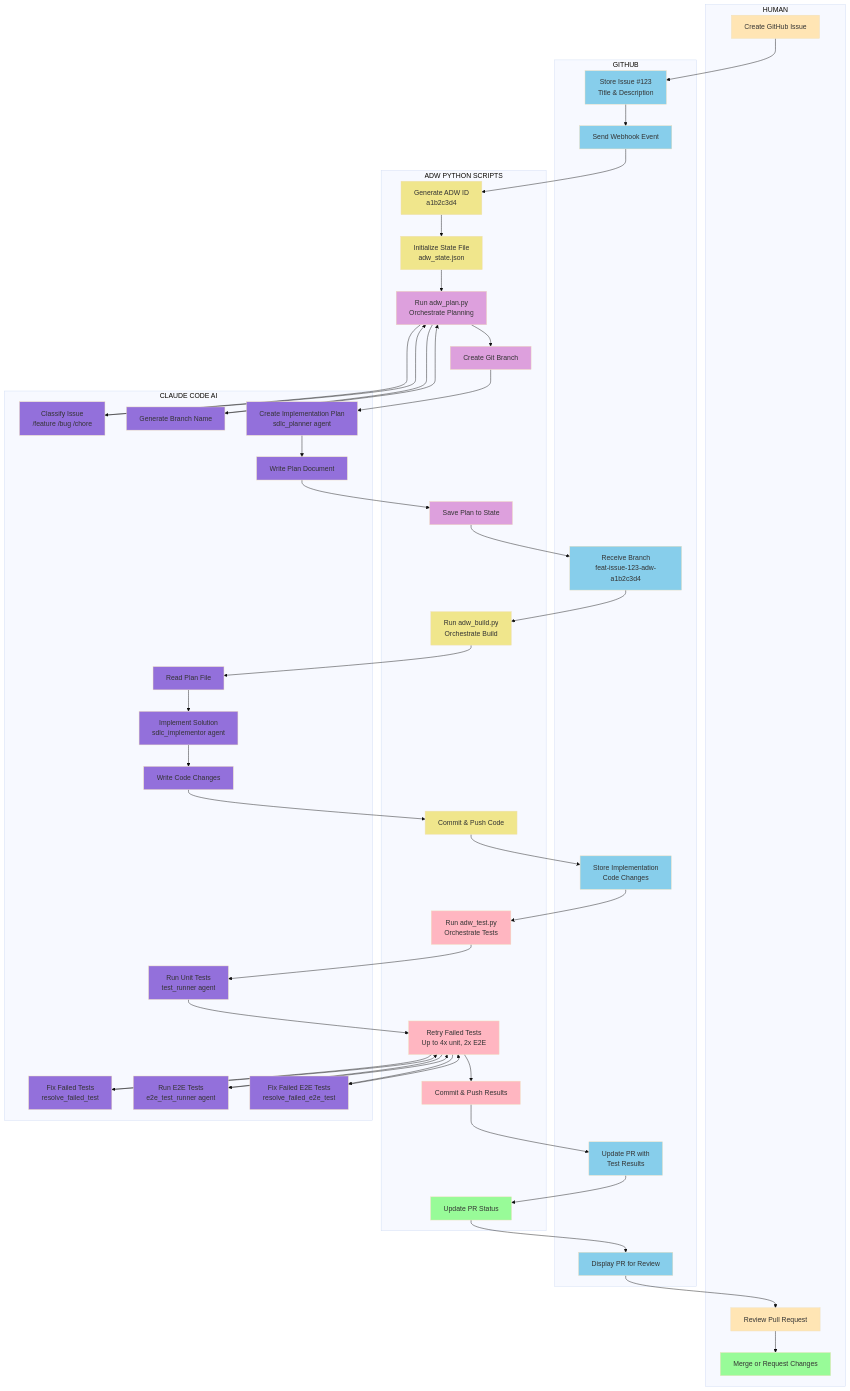
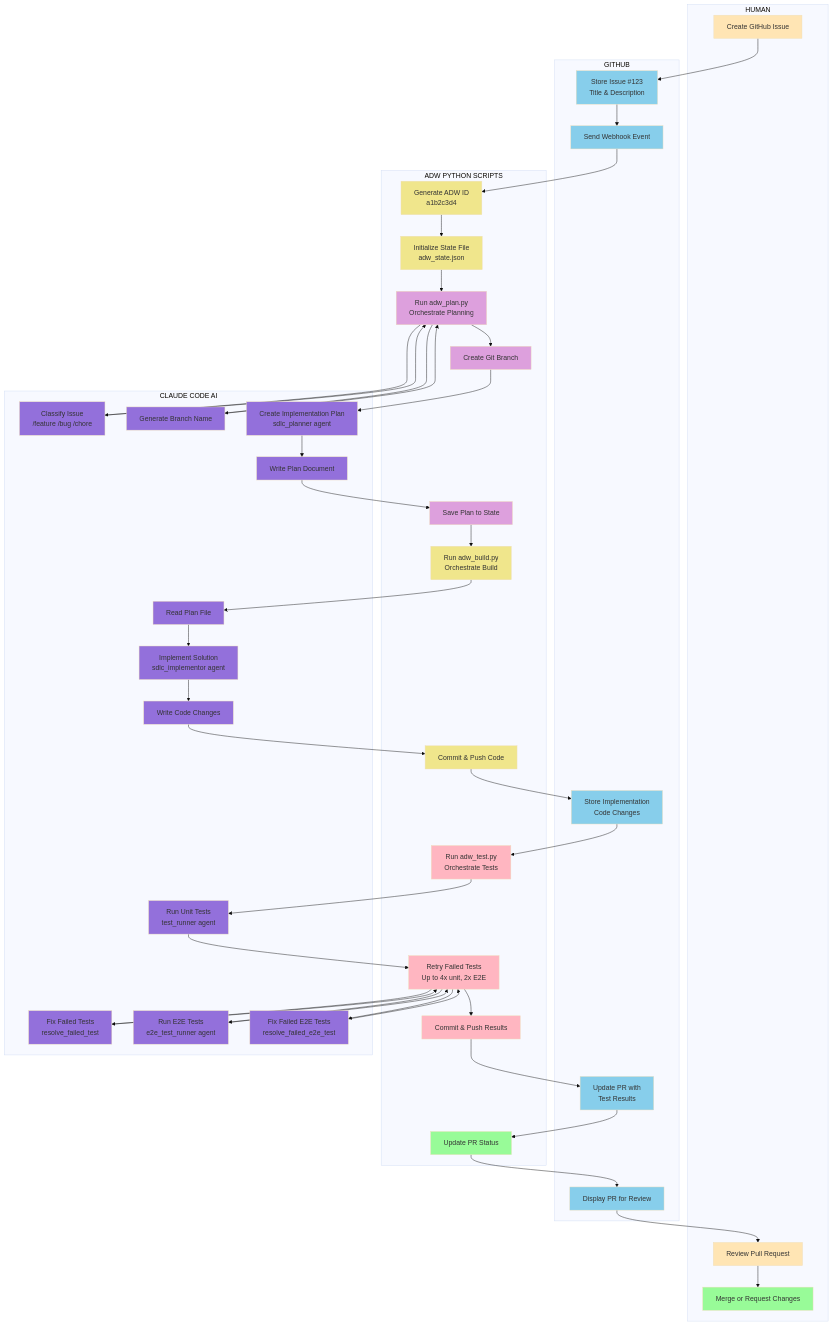
One commit to srirama7/tac-6 changed the first of 4 diagrams in adws/ADW_SIMPLE_FLOWCHART.md. Above: the diagram before and after it, drawn with Mermaid. The commit also changed 1 other file, not shown here.

Commit message:
docs: remove store/receive branch box from flowcharts
- Remove 'Store Branch' box (G4) from adw simple flow.md
- Remove 'Receive Branch' box (G4) from ADW_SIMPLE_FLOWCHART.md
- Update connections to flow directly from Commit Plan to Build phase
- Remove styling references for removed box

This simplifies the GitHub swim lane by removing the intermediate
branch storage step, as branch creation and storage are implicit
in the git operations.

🤖 Generated with [Claude Code](https://claude.com/claude-code)

```diff
--- a/adws/ADW_SIMPLE_FLOWCHART.md
+++ b/adws/ADW_SIMPLE_FLOWCHART.md
@@ -19,7 +19,6 @@
     subgraph GitHub[" GITHUB "]
         G1[Store Issue #123<br/>Title & Description]
         G2[Send Webhook Event]
-        G4[Receive Branch<br/>feat-issue-123-adw-a1b2c3d4]
         G7[Store Implementation<br/>Code Changes]
         G8[Update PR with<br/>Test Results]
         G9[Display PR for Review]
@@ -69,8 +68,7 @@
     A4 --> C3
     C3 --> C4
     C4 --> A5
-    A5 --> G4
-    G4 --> A7
+    A5 --> A7
 
     %% Phase 2: Building
     A7 --> C5
@@ -104,7 +102,6 @@
 
     style G1 fill:#87CEEB
     style G2 fill:#87CEEB
-    style G4 fill:#87CEEB
     style G7 fill:#87CEEB
     style G8 fill:#87CEEB
     style G9 fill:#87CEEB
```
